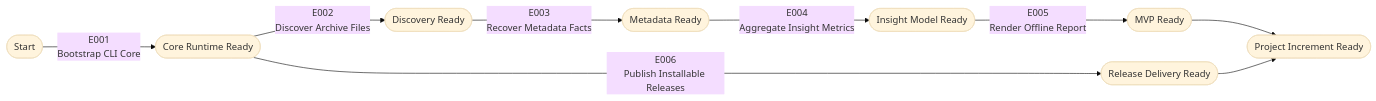
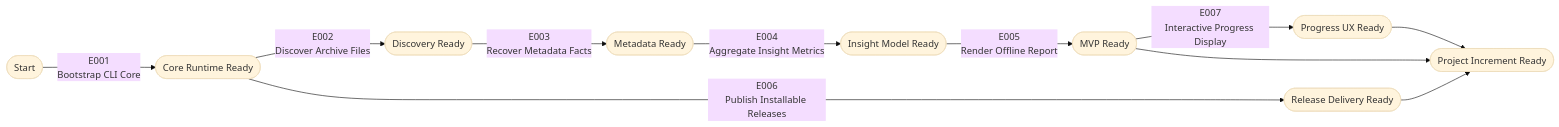
The diagram in specs/project-plan.md (attilaszasz/focalytics), drawn with Mermaid (base theme) before and after one commit. The commit also changed other lines of this file, not shown here.

````diff
--- a/specs/project-plan.md
+++ b/specs/project-plan.md
@@ -47,11 +53,13 @@
 ```mermaid
 graph LR
     M0([Start]) -->|E001<br>Bootstrap CLI Core| M1([Core Runtime Ready])
     M1 -->|E002<br>Discover Archive Files| M2([Discovery Ready])
     M1 -->|E006<br>Publish Installable Releases| M6([Release Delivery Ready])
     M2 -->|E003<br>Recover Metadata Facts| M3([Metadata Ready])
     M3 -->|E004<br>Aggregate Insight Metrics| M4([Insight Model Ready])
     M4 -->|E005<br>Render Offline Report| M5([MVP Ready])
+    M5 -->|E007<br>Interactive Progress Display| M8([Progress UX Ready])
     M5 --> M7([Project Increment Ready])
     M6 --> M7
+    M8 --> M7
 ```
````
